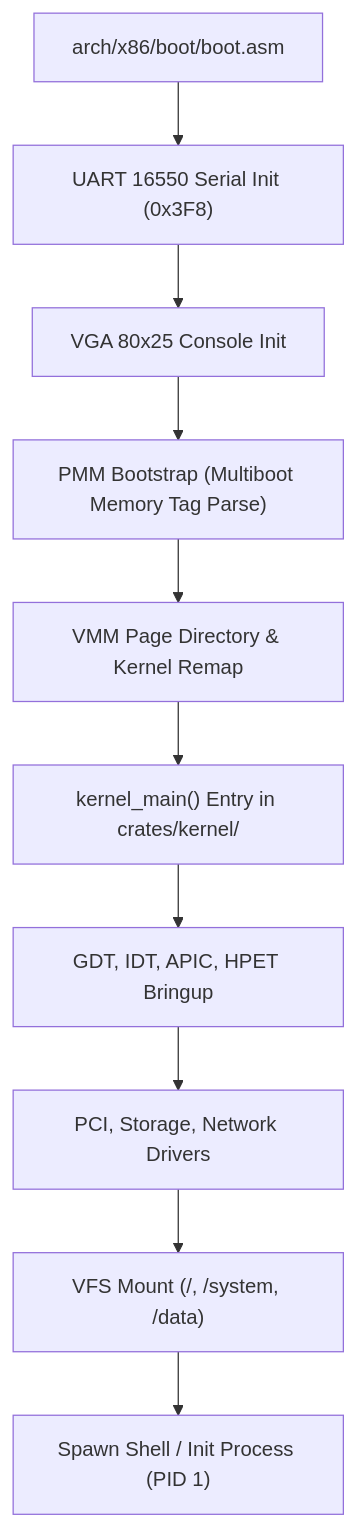
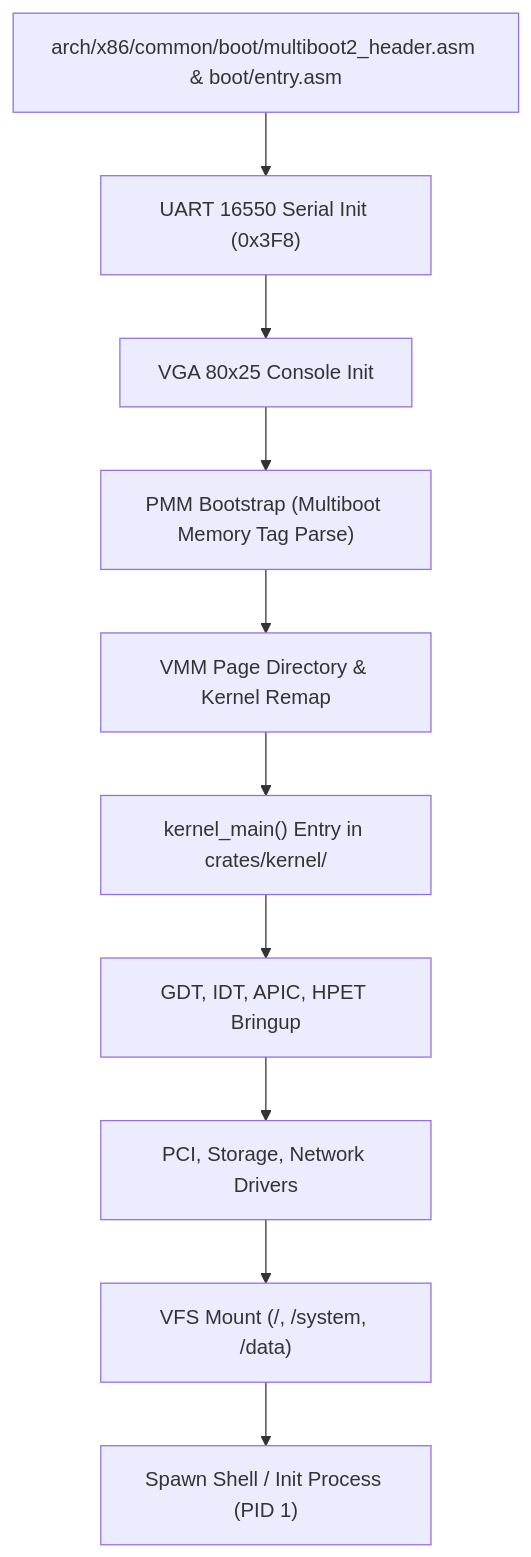
Before and after one commit to mrvlous/keira: the diagram in docs/kernel/boot/early_bringup.md, drawn with Mermaid. The commit also changed 1 other file, not shown here.

Commit message:
docs(kernel): synchronize journey bootstrap and early bringup assembly references

````diff
--- a/docs/kernel/boot/early_bringup.md
+++ b/docs/kernel/boot/early_bringup.md
@@ -11,12 +11,12 @@
 ```mermaid
 graph TD
-    BootASM["arch/x86/boot/boot.asm"] --> EarlySerial["UART 16550 Serial Init (0x3F8)"]
+    BootASM["arch/x86/common/boot/multiboot2_header.asm & boot/entry.asm"] --> EarlySerial["UART 16550 Serial Init (0x3F8)"]
     EarlySerial --> EarlyVGA["VGA 80x25 Console Init"]
     EarlyVGA --> PMMBoot["PMM Bootstrap (Multiboot Memory Tag Parse)"]
     PMMBoot --> VMMInit["VMM Page Directory & Kernel Remap"]
     VMMInit --> RustMain["kernel_main() Entry in crates/kernel/"]
     RustMain --> CoreSubsystems["GDT, IDT, APIC, HPET Bringup"]
     CoreSubsystems --> DriversInit["PCI, Storage, Network Drivers"]
     DriversInit --> VFSInit["VFS Mount (/, /system, /data)"]
     VFSInit --> ShellTask["Spawn Shell / Init Process (PID 1)"]
 ```
````
